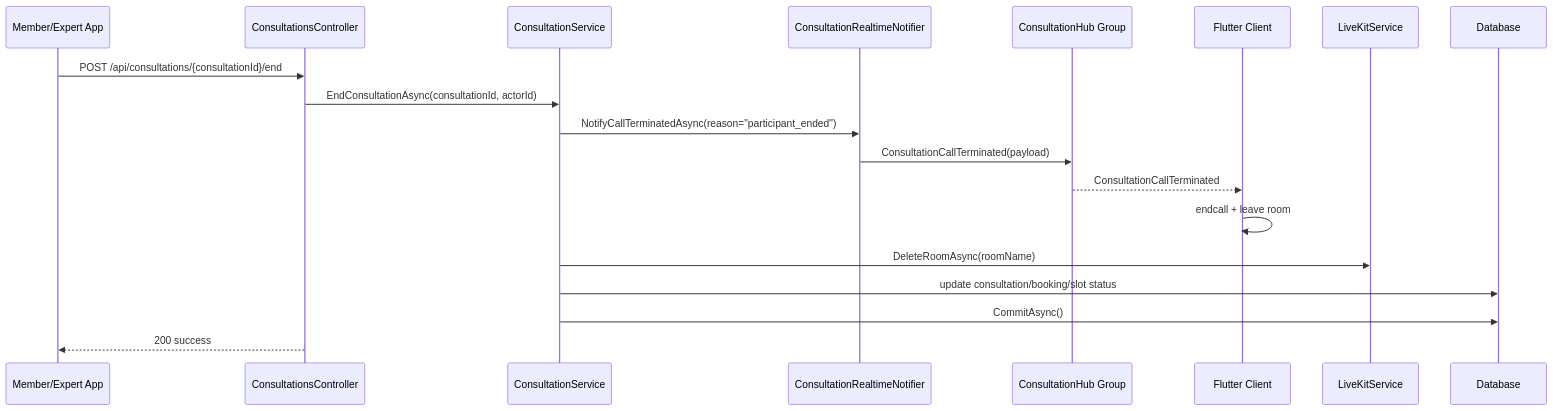
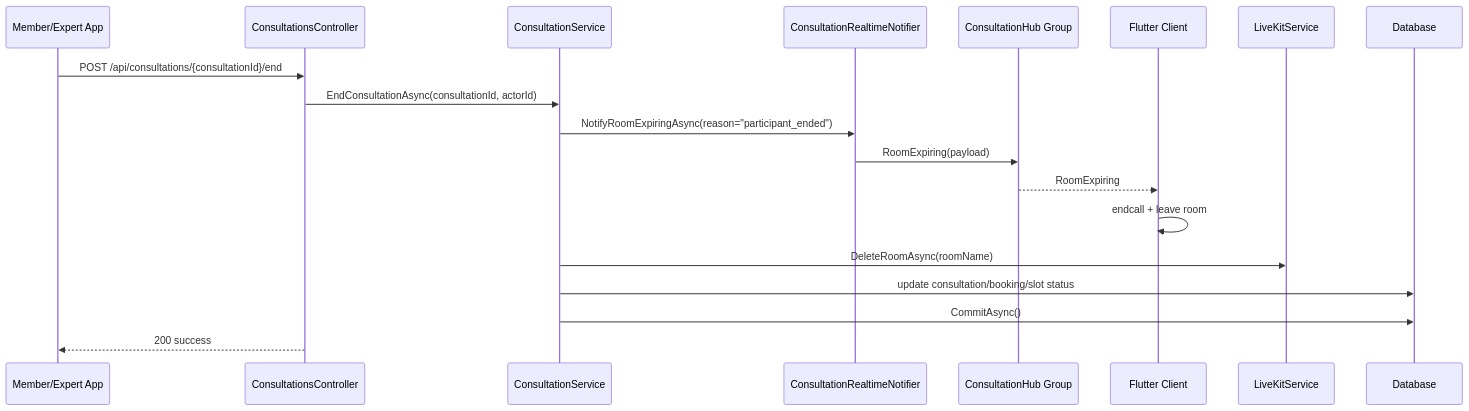
The third of 3 diagrams in Docs/05-Backend/02-layers/consultation-endcall-signalr/consultation-endcall-signalr.sourcecode.md (Snake-AID/SnakeAid.Docs), drawn with Mermaid before and after one commit. The commit also changed other lines of this file and 3 other files, not shown here.

First line of the commit message:
docs(consultation-endcall-signalr): standardize on RoomExpiring as endcall trigger

````diff
--- a/Docs/05-Backend/02-layers/consultation-endcall-signalr/consultation-endcall-signalr.sourcecode.md
+++ b/Docs/05-Backend/02-layers/consultation-endcall-signalr/consultation-endcall-signalr.sourcecode.md
@@ -159,22 +148,22 @@
 ```mermaid
 sequenceDiagram
     participant App as Member/Expert App
     participant API as ConsultationsController
     participant Service as ConsultationService
     participant Notify as ConsultationRealtimeNotifier
     participant Hub as ConsultationHub Group
     participant Flutter as Flutter Client
     participant LiveKit as LiveKitService
     participant DB as Database
 
     App->>API: POST /api/consultations/{consultationId}/end
     API->>Service: EndConsultationAsync(consultationId, actorId)
-    Service->>Notify: NotifyCallTerminatedAsync(reason="participant_ended")
-    Notify->>Hub: ConsultationCallTerminated(payload)
-    Hub-->>Flutter: ConsultationCallTerminated
+    Service->>Notify: NotifyRoomExpiringAsync(reason="participant_ended")
+    Notify->>Hub: RoomExpiring(payload)
+    Hub-->>Flutter: RoomExpiring
     Flutter->>Flutter: endcall + leave room
     Service->>LiveKit: DeleteRoomAsync(roomName)
     Service->>DB: update consultation/booking/slot status
     Service->>DB: CommitAsync()
     API-->>App: 200 success
 ```
````
